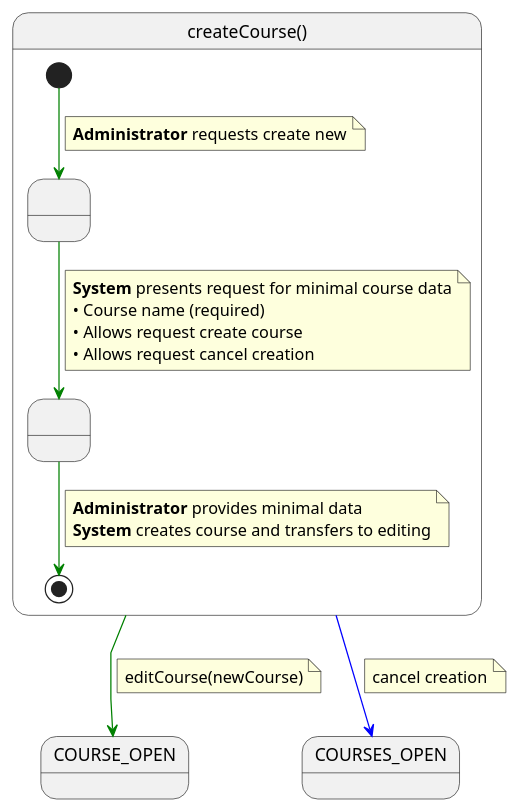
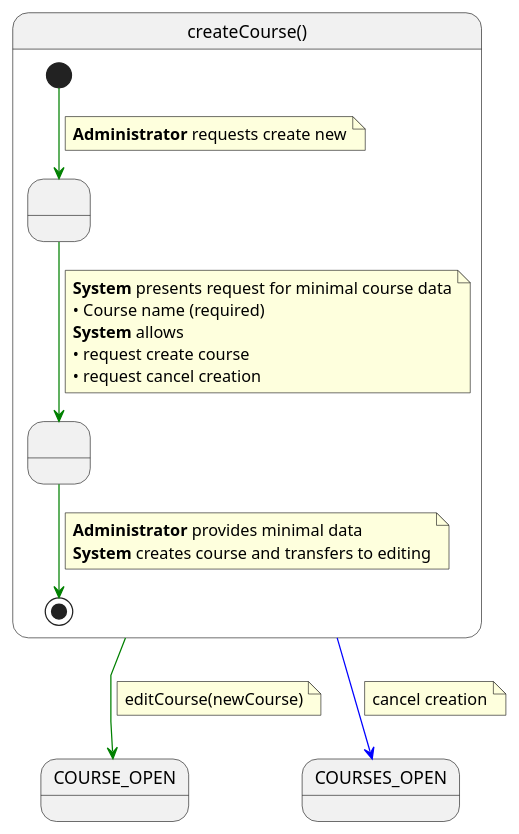
One commit to mmasias/pySigHor changed the diagram in RUP/00-casos-uso/02-detalle/createCourse/especificacion.puml. Above: the diagram before and after it, drawn with PlantUML. The commit also changed 77 other files, not shown here.

```diff
--- a/RUP/00-casos-uso/02-detalle/createCourse/especificacion.puml
+++ b/RUP/00-casos-uso/02-detalle/createCourse/especificacion.puml
@@ -1,40 +1,41 @@
 @startuml createCourse
 
 skinparam linetype polyline
 
 state createCourse as "createCourse()" {
 
     state " " as RequestingData
     state " " as CreatingCourse
 
     [*] -[#green]-> RequestingData 
     note on link
     <b>Administrator</b> requests create new
     end note    
     
     RequestingData -[#green]-> CreatingCourse
     note on link
     <b>System</b> presents request for minimal course data
     • Course name (required)
-    • Allows request create course
-    • Allows request cancel creation
+    <b>System</b> allows
+    • request create course
+    • request cancel creation
     end note
     
     CreatingCourse -[#green]-> [*]
     note on link
     <b>Administrator</b> provides minimal data
     <b>System</b> creates course and transfers to editing
     end note
 }
 
 createCourse -[#green]-> COURSE_OPEN
 note on link
 editCourse(newCourse)
 end note
 
 createCourse -[#blue]-> COURSES_OPEN
 note on link
 cancel creation
 end note
 
 @enduml
```
